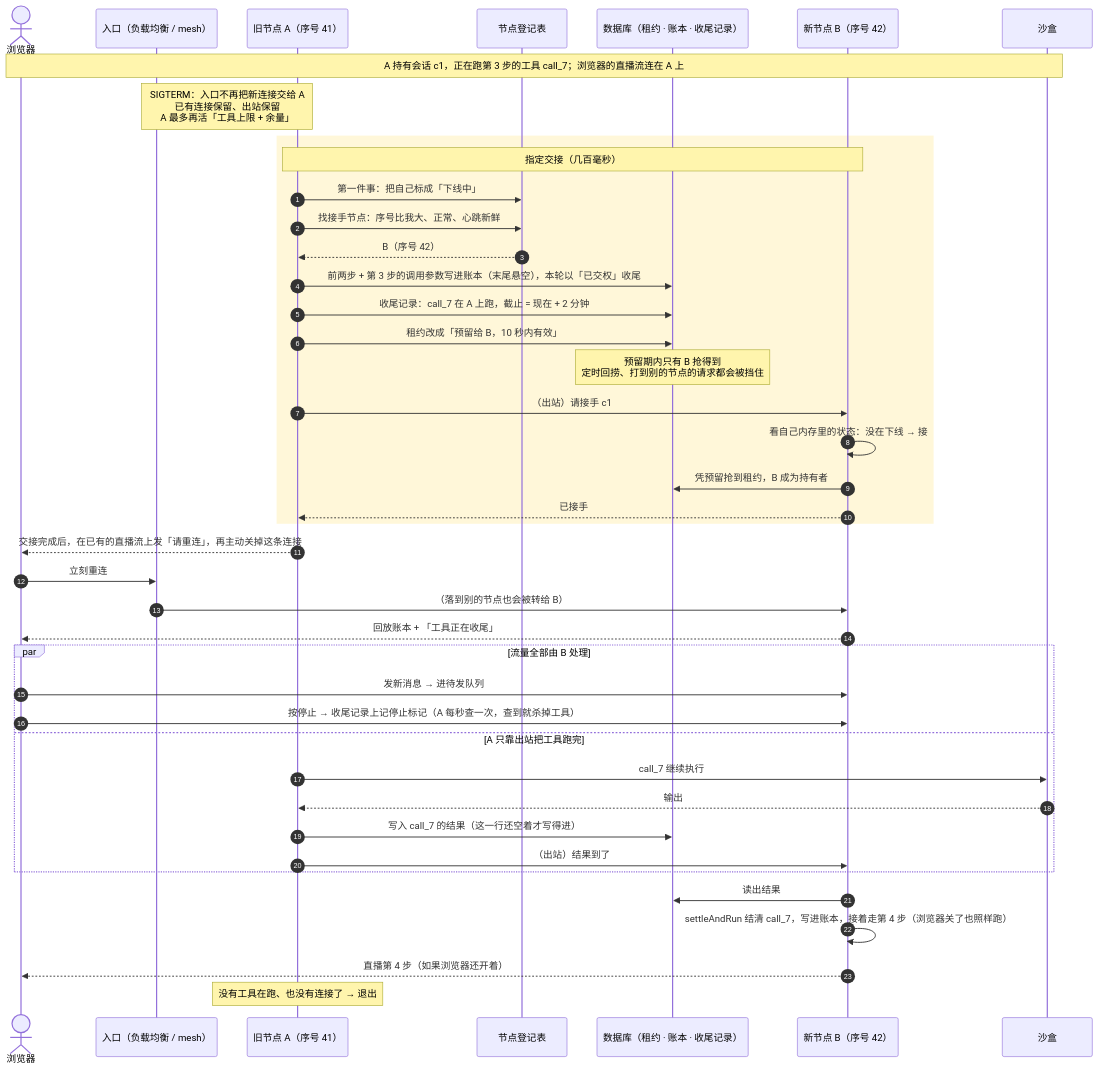
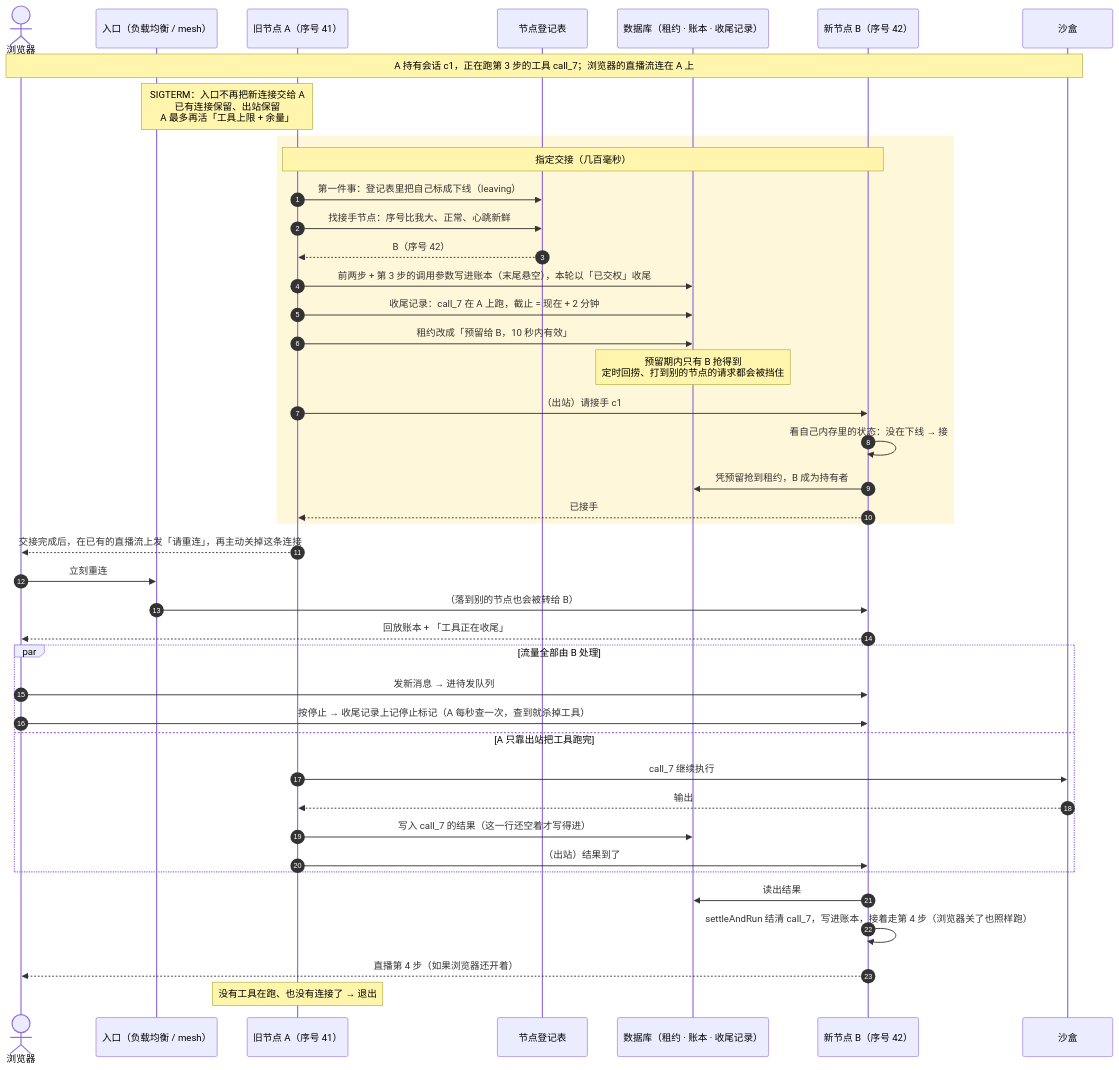
The third of 5 diagrams in docs/logic/orchestration/tech/handover.md (ludafa/runko), drawn with Mermaid before and after one commit. The commit also changed other lines of this file and 5 other files, not shown here.

````diff
--- a/docs/logic/orchestration/tech/handover.md
+++ b/docs/logic/orchestration/tech/handover.md
@@ -342,49 +367,49 @@
 ```mermaid
 sequenceDiagram
     autonumber
     actor U as 浏览器
     participant IN as 入口（负载均衡 / mesh）
     participant A as 旧节点 A（序号 41）
     participant R as 节点登记表
     participant DB as 数据库（租约 · 账本 · 收尾记录）
     participant B as 新节点 B（序号 42）
     participant S as 沙盒
 
     Note over U,S: A 持有会话 c1，正在跑第 3 步的工具 call_7；浏览器的直播流连在 A 上
     Note over IN,A: SIGTERM：入口不再把新连接交给 A<br/>已有连接保留、出站保留<br/>A 最多再活「工具上限 + 余量」
 
     rect rgba(255,200,0,0.15)
     Note over A,B: 指定交接（几百毫秒）
-    A->>R: 第一件事：把自己标成「下线中」
+    A->>R: 第一件事：登记表里把自己标成下线（leaving）
     A->>R: 找接手节点：序号比我大、正常、心跳新鲜
     R-->>A: B（序号 42）
     A->>DB: 前两步 + 第 3 步的调用参数写进账本（末尾悬空），本轮以「已交权」收尾
     A->>DB: 收尾记录：call_7 在 A 上跑，截止 = 现在 + 2 分钟
     A->>DB: 租约改成「预留给 B，10 秒内有效」
     Note over DB: 预留期内只有 B 抢得到<br/>定时回捞、打到别的节点的请求都会被挡住
     A->>B: （出站）请接手 c1
     B->>B: 看自己内存里的状态：没在下线 → 接
     B->>DB: 凭预留抢到租约，B 成为持有者
     B-->>A: 已接手
     end
 
     A-->>U: 交接完成后，在已有的直播流上发「请重连」，再主动关掉这条连接
     U->>IN: 立刻重连
     IN->>B: （落到别的节点也会被转给 B）
     B-->>U: 回放账本 + 「工具正在收尾」
 
     par 流量全部由 B 处理
         U->>B: 发新消息 → 进待发队列
         U->>B: 按停止 → 收尾记录上记停止标记（A 每秒查一次，查到就杀掉工具）
     and A 只靠出站把工具跑完
         A->>S: call_7 继续执行
         S-->>A: 输出
         A->>DB: 写入 call_7 的结果（这一行还空着才写得进）
         A->>B: （出站）结果到了
     end
 
     B->>DB: 读出结果
     B->>B: settleAndRun 结清 call_7，写进账本，接着走第 4 步（浏览器关了也照样跑）
     B-->>U: 直播第 4 步（如果浏览器还开着）
     Note over A: 没有工具在跑、也没有连接了 → 退出
 ```
````
